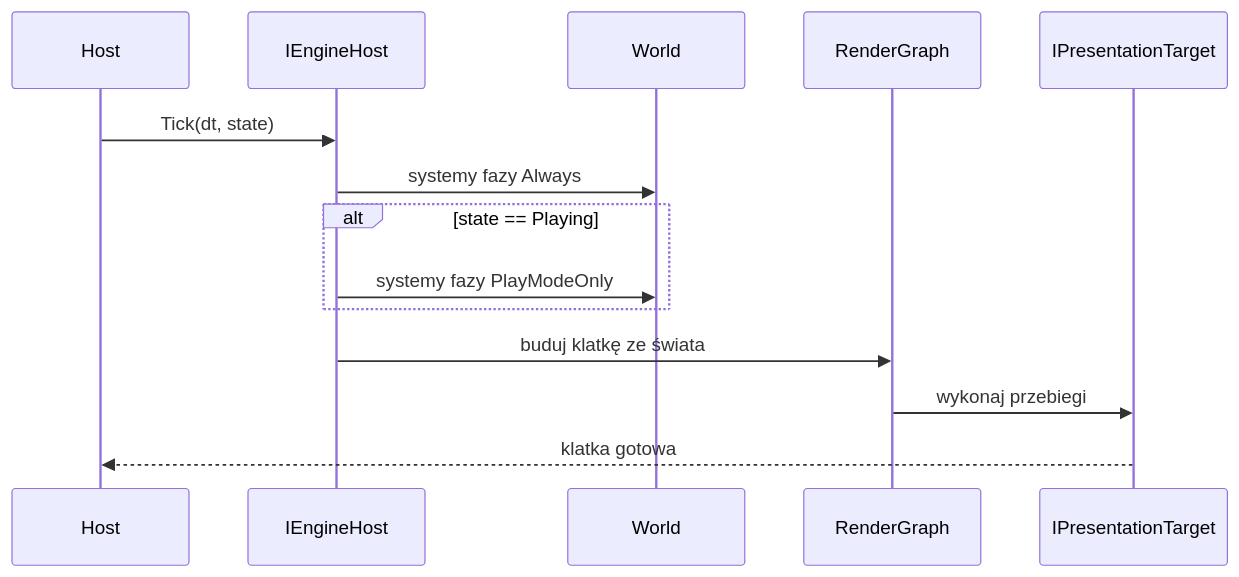
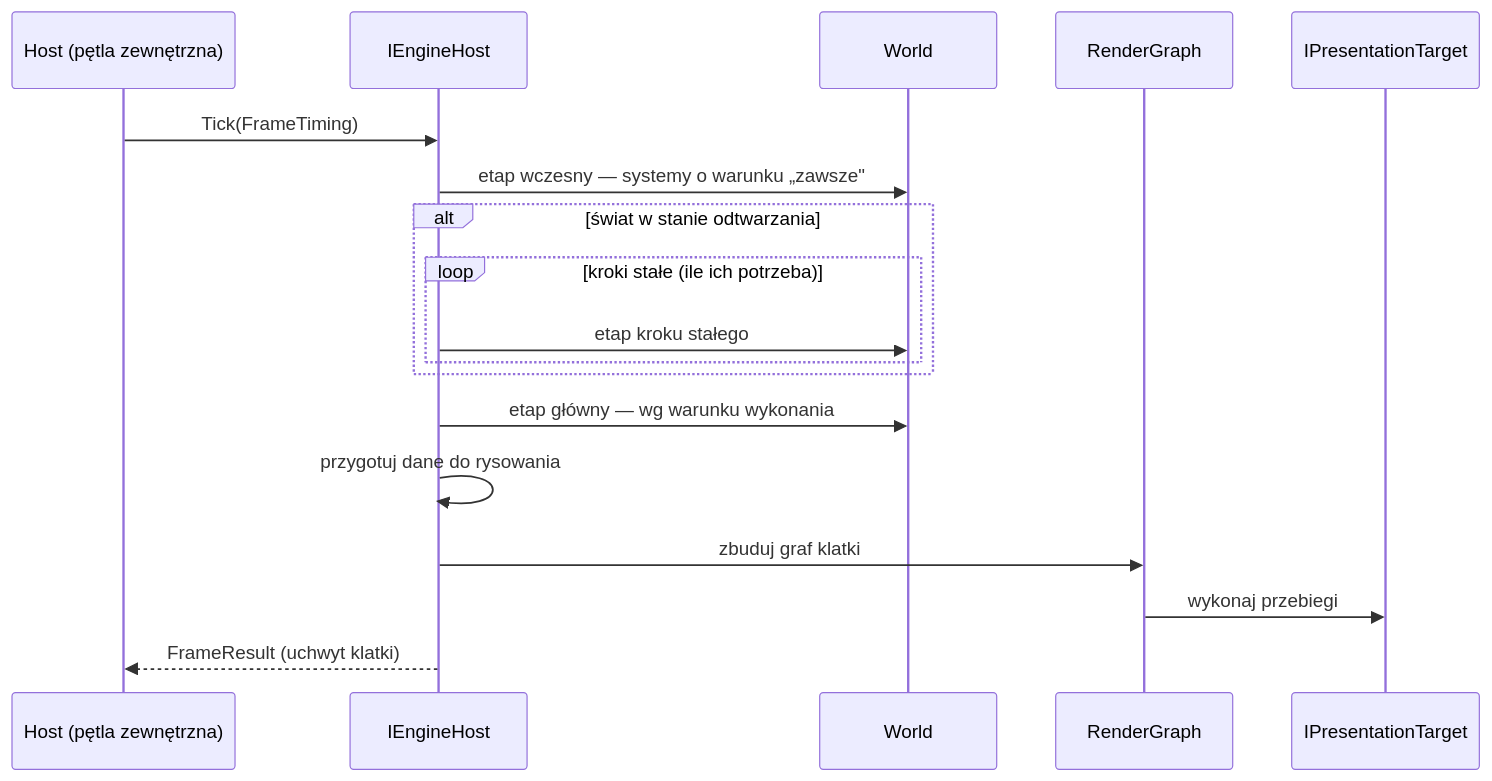
Before and after one commit to eXoz00rd/HEngine: the fourth of 11 diagrams in docs/TARGET_ARCHITECTURE.md, drawn with Mermaid. The commit also changed other lines of this file and 1 other file, not shown here.

Commit message:
Refocus the target architecture document on the target state (#4)

````diff
--- a/docs/TARGET_ARCHITECTURE.md
+++ b/docs/TARGET_ARCHITECTURE.md
@@ -190,17 +349,21 @@
 ```mermaid
 sequenceDiagram
-    participant H as Host
+    participant H as Host (pętla zewnętrzna)
     participant E as IEngineHost
     participant W as World
     participant R as RenderGraph
     participant P as IPresentationTarget
 
-    H->>E: Tick(dt, state)
-    E->>W: systemy fazy Always
-    alt state == Playing
-        E->>W: systemy fazy PlayModeOnly
+    H->>E: Tick(FrameTiming)
+    E->>W: etap wczesny — systemy o warunku „zawsze"
+    alt świat w stanie odtwarzania
+        loop kroki stałe (ile ich potrzeba)
+            E->>W: etap kroku stałego
+        end
     end
-    E->>R: buduj klatkę ze świata
+    E->>W: etap główny — wg warunku wykonania
+    E->>E: przygotuj dane do rysowania
+    E->>R: zbuduj graf klatki
     R->>P: wykonaj przebiegi
-    P-->>H: klatka gotowa
+    E-->>H: FrameResult (uchwyt klatki)
 ```
````
